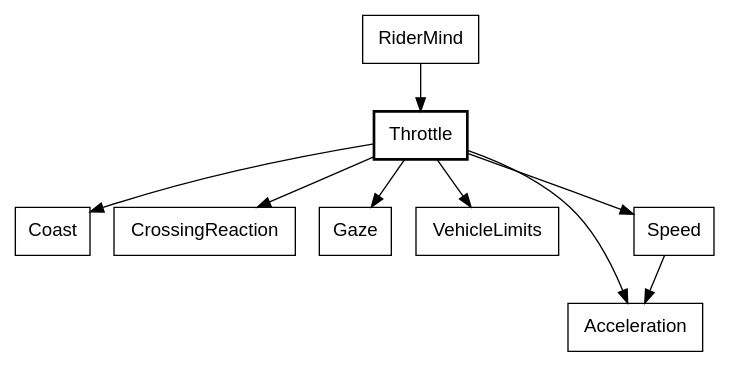
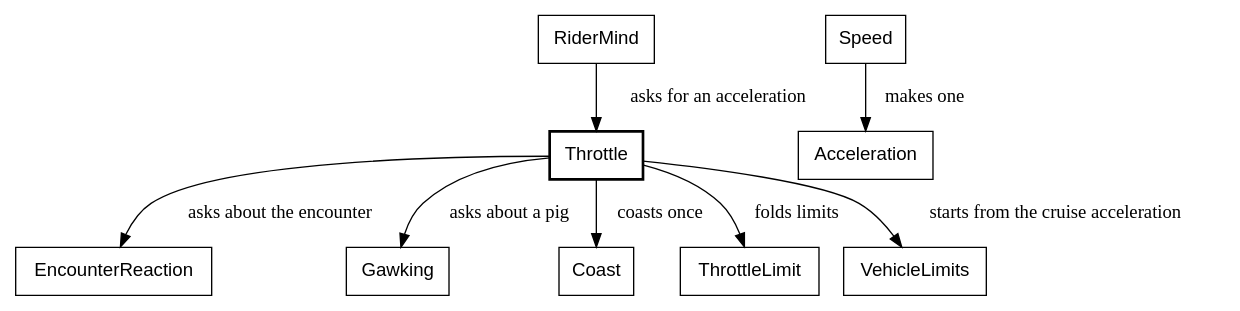
Diagram 17 of 30 in canvas_apps/safari/tutorial/tutorial.md (showell/roc-apps), drawn with Graphviz before and after one commit. The commit also changed other lines of this file, not shown here.

Commit message:
tutorial: the rider, the bike and the throttle, rewritten for today's code

````diff
--- a/canvas_apps/safari/tutorial/tutorial.md
+++ b/canvas_apps/safari/tutorial/tutorial.md
@@ -1722,14 +1725,13 @@
 ```dot
 digraph throttle {
   node [shape=box, fontname="Helvetica"];
   Throttle [style=bold];
-  RiderMind -> Throttle;
-  Throttle -> Coast;
-  Throttle -> CrossingReaction;
-  Throttle -> Gaze;
-  Throttle -> VehicleLimits;
-  Throttle -> Acceleration;
-  Throttle -> Speed;
-  Speed -> Acceleration;
+  RiderMind -> Throttle [label="  asks for an acceleration"];
+  Throttle -> EncounterReaction [label="  asks about the encounter"];
+  Throttle -> Gawking [label="  asks about a pig"];
+  Throttle -> Coast [label="  coasts once"];
+  Throttle -> ThrottleLimit [label="  folds limits"];
+  Throttle -> VehicleLimits [label="  starts from the cruise acceleration"];
+  Speed -> Acceleration [label="  makes one"];
 }
 ```
````
